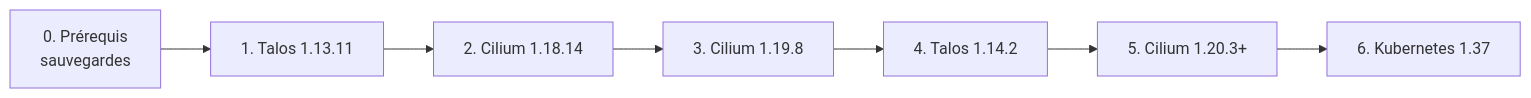
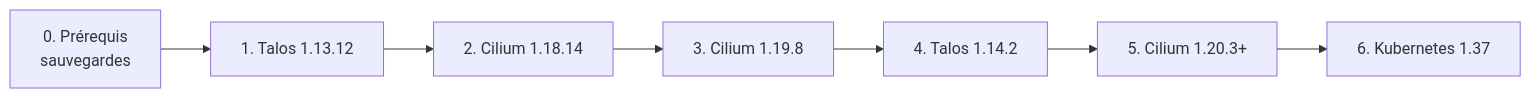
The diagram in 0.docs/content/docs/runbooks/upgrade-talos-cilium.mdx (batleforc/weebo-si), drawn with Mermaid before and after one commit. The commit also changed other lines of this file, not shown here.

First line of the commit message:
docs(runbook): Talos 1.13.12, the iscsi trap of 1.13.8 and the socket-LB check

````diff
--- a/0.docs/content/docs/runbooks/upgrade-talos-cilium.mdx
+++ b/0.docs/content/docs/runbooks/upgrade-talos-cilium.mdx
@@ -18,9 +18,9 @@
 ```mermaid
 graph LR
-    S0["0. Prérequis<br/>sauvegardes"] --> S1["1. Talos 1.13.11"]
+    S0["0. Prérequis<br/>sauvegardes"] --> S1["1. Talos 1.13.12"]
     S1 --> S2["2. Cilium 1.18.14"]
     S2 --> S3["3. Cilium 1.19.8"]
     S3 --> S4["4. Talos 1.14.2"]
     S4 --> S5["5. Cilium 1.20.3+"]
     S5 --> S6["6. Kubernetes 1.37"]
 ```
````
